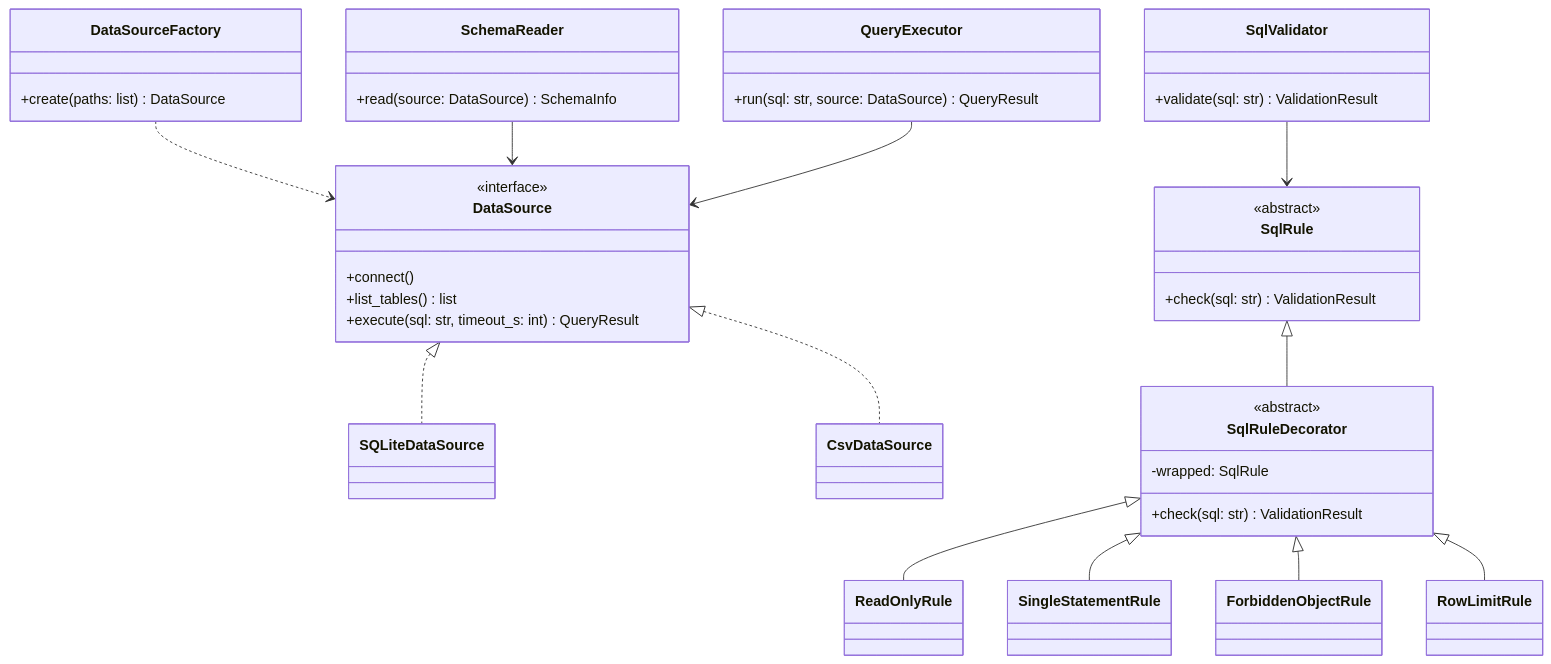
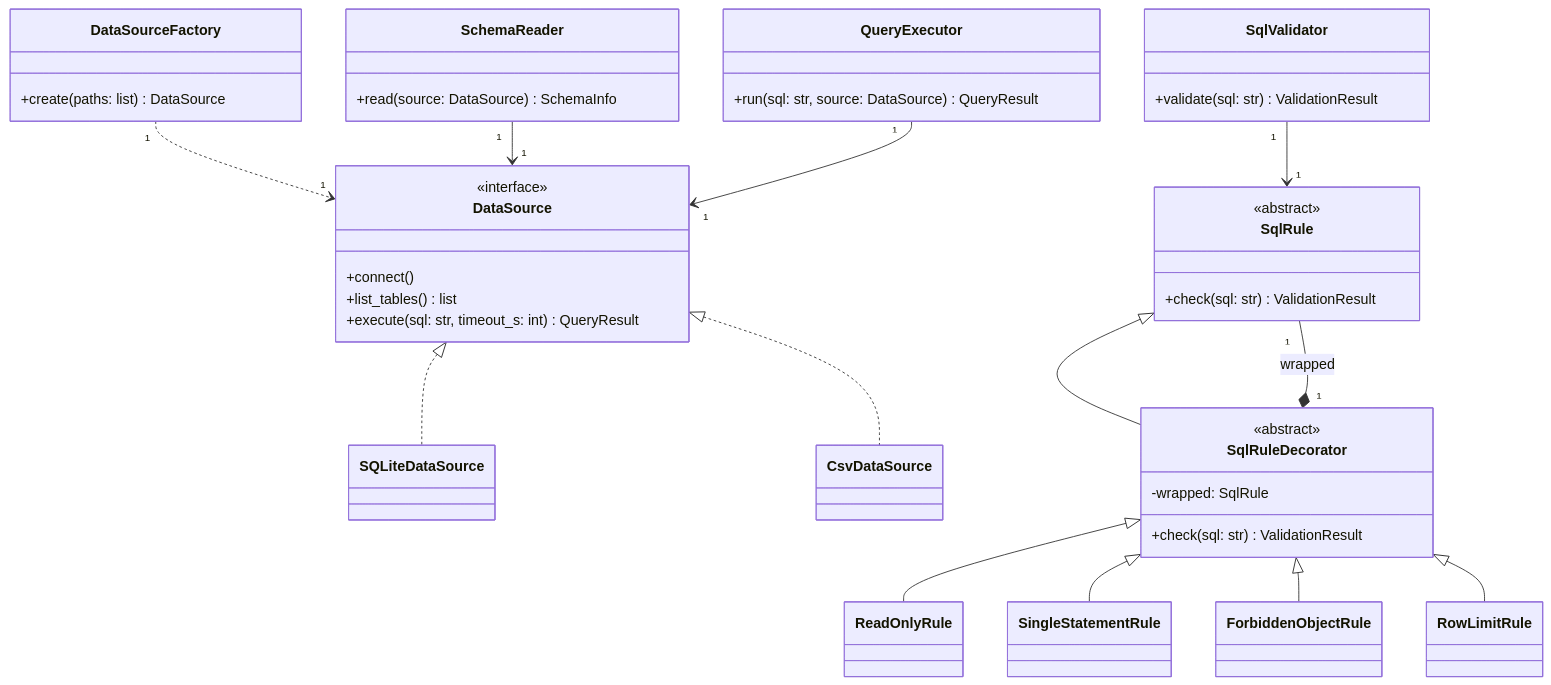
The fourth of 15 diagrams in docs/Stage1_Design_Report.md (krishi-shah/AskDB-Data-Analyst-Agent), drawn with Mermaid before and after one commit. The commit also changed other lines of this file, not shown here.

Commit message:
Complete the Stage 1 diagrams with the window, actors, and multiplicities.

````diff
--- a/docs/Stage1_Design_Report.md
+++ b/docs/Stage1_Design_Report.md
@@ -525,47 +573,48 @@
 ```mermaid
 classDiagram
     class DataSource {
         <<interface>>
         +connect()
         +list_tables() list
         +execute(sql: str, timeout_s: int) QueryResult
     }
     class SQLiteDataSource
     class CsvDataSource
     class DataSourceFactory {
         +create(paths: list) DataSource
     }
     class SchemaReader {
         +read(source: DataSource) SchemaInfo
     }
     class QueryExecutor {
         +run(sql: str, source: DataSource) QueryResult
     }
     class SqlValidator {
         +validate(sql: str) ValidationResult
     }
     class SqlRule {
         <<abstract>>
         +check(sql: str) ValidationResult
     }
     class SqlRuleDecorator {
         <<abstract>>
         -wrapped: SqlRule
         +check(sql: str) ValidationResult
     }
     class ReadOnlyRule
     class SingleStatementRule
     class ForbiddenObjectRule
     class RowLimitRule
     DataSource <|.. SQLiteDataSource
     DataSource <|.. CsvDataSource
-    DataSourceFactory ..> DataSource
-    SchemaReader --> DataSource
-    QueryExecutor --> DataSource
-    SqlValidator --> SqlRule
+    DataSourceFactory "1" ..> "1" DataSource
+    SchemaReader "1" --> "1" DataSource
+    QueryExecutor "1" --> "1" DataSource
+    SqlValidator "1" --> "1" SqlRule
     SqlRule <|-- SqlRuleDecorator
+    SqlRuleDecorator "1" *-- "1" SqlRule : wrapped
     SqlRuleDecorator <|-- ReadOnlyRule
     SqlRuleDecorator <|-- SingleStatementRule
     SqlRuleDecorator <|-- ForbiddenObjectRule
     SqlRuleDecorator <|-- RowLimitRule
 ```
````
